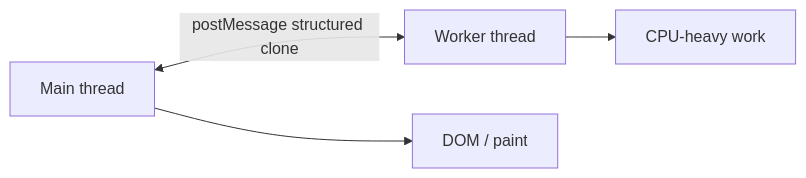
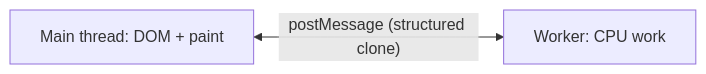
One commit to prajjwaljogdand/FullstackPreparation changed the sixth of 6 diagrams in docs/javascript/19-browser-apis.md. Above: the diagram before and after it, drawn with Mermaid. The commit also changed other lines of this file and 91 other files, not shown here.

````diff
--- a/docs/javascript/19-browser-apis.md
+++ b/docs/javascript/19-browser-apis.md
@@ -170,6 +413,4 @@
 ```mermaid
 flowchart LR
-  main["Main thread"] <-->|"postMessage structured clone"| worker["Worker thread"]
-  main --> dom["DOM / paint"]
-  worker --> cpu["CPU-heavy work"]
+  main["Main thread: DOM + paint"] <-->|"postMessage (structured clone)"| worker["Worker: CPU work"]
 ```
````
